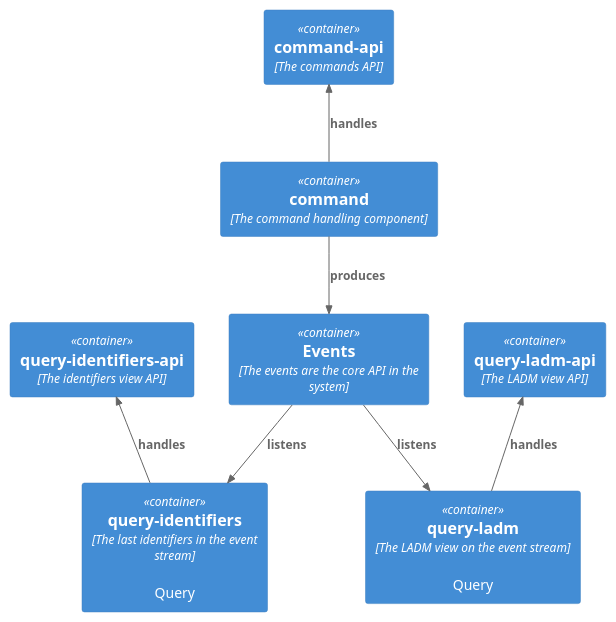
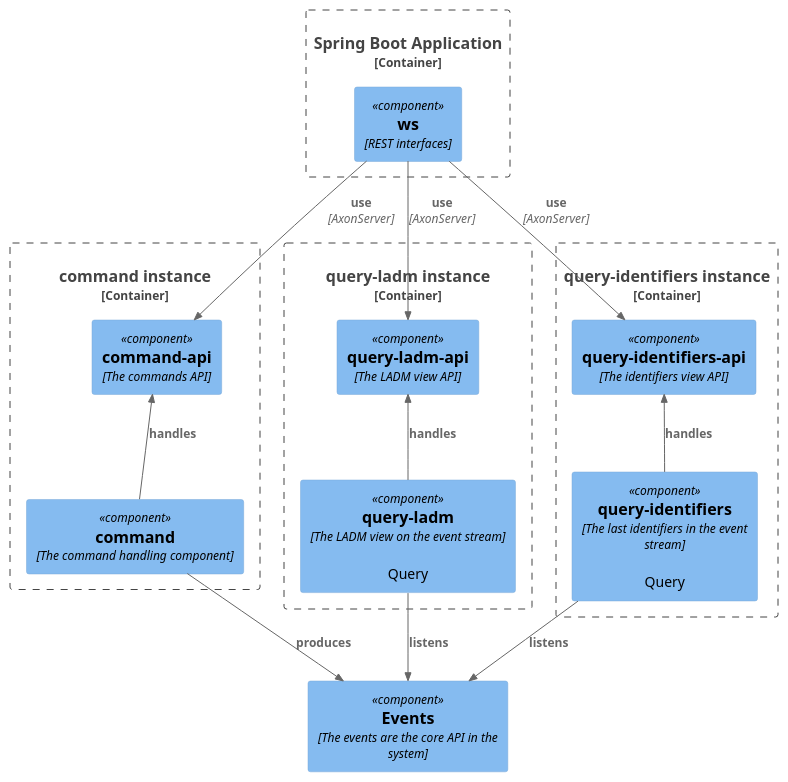
Before and after one commit to marcvanandel/land-administration-eventsourced: the diagram in doc/module-structure.puml, drawn with PlantUML.

Commit message:
module structure diagram with components (instead of containers)

```diff
--- a/doc/module-structure.puml
+++ b/doc/module-structure.puml
@@ -1,23 +1,36 @@
 @startuml "Land Administration System Module Structure"
-!includeurl https://raw.githubusercontent.com/RicardoNiepel/C4-PlantUML/master/C4_Container.puml
+!includeurl https://raw.githubusercontent.com/RicardoNiepel/C4-PlantUML/release/1-0/C4_Component.puml
 
-Container(command, "command", "The command handling component")
-Container(commandApi, "command-api", "The commands API")
+Container_Boundary(boot, "Spring Boot Application") {
+    Component(ws, "ws", "REST interfaces")
+}
 
-Rel_U(command, commandApi, "handles")
+Container_Boundary(command1,"command instance" ) {
+    Component(command, "command", "The command handling component")
+    Component(commandApi, "command-api", "The commands API")
 
-Container(events, "Events", "The events are the core API in the system")
+    Rel_U(command, commandApi, "handles")
+}
+
+Component(events, "Events", "The events are the core API in the system")
 
 Rel(command, events, "produces")
 
-Container(queryLadmApi, "query-ladm-api", "The LADM view API")
-Container(queryLadm, "query-ladm", "The LADM view on the event stream", "Query")
-Container(queryIdentifiersApi, "query-identifiers-api", "The identifiers view API")
-Container(queryIdentifiers, "query-identifiers", "The last identifiers in the event stream", "Query")
+Container_Boundary(query1,"query-ladm instance" ) {
+    Component(queryLadmApi, "query-ladm-api", "The LADM view API")
+    Component(queryLadm, "query-ladm", "The LADM view on the event stream", "Query")
+    Rel_U(queryLadm, queryLadmApi, "handles")
+    Rel(queryLadm, events, "listens")
+}
+Container_Boundary(query2,"query-identifiers instance" ) {
+    Component(queryIdentifiersApi, "query-identifiers-api", "The identifiers view API")
+    Component(queryIdentifiers, "query-identifiers", "The last identifiers in the event stream", "Query")
+    Rel_U(queryIdentifiers, queryIdentifiersApi, "handles")
+    Rel(queryIdentifiers, events, "listens")
+}
 
-Rel_U(queryLadm, queryLadmApi, "handles")
-Rel(events, queryLadm, "listens")
-Rel_U(queryIdentifiers, queryIdentifiersApi, "handles")
-Rel(events, queryIdentifiers, "listens")
+Rel(ws, commandApi, "use","AxonServer")
+Rel(ws, queryLadmApi, "use","AxonServer")
+Rel(ws, queryIdentifiersApi, "use","AxonServer")
 
 @enduml
```
